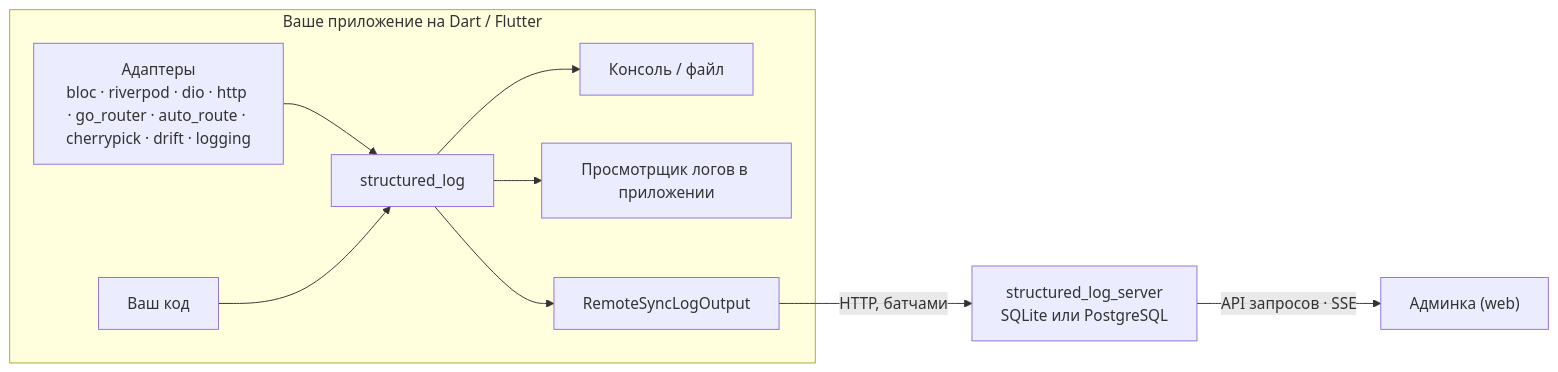
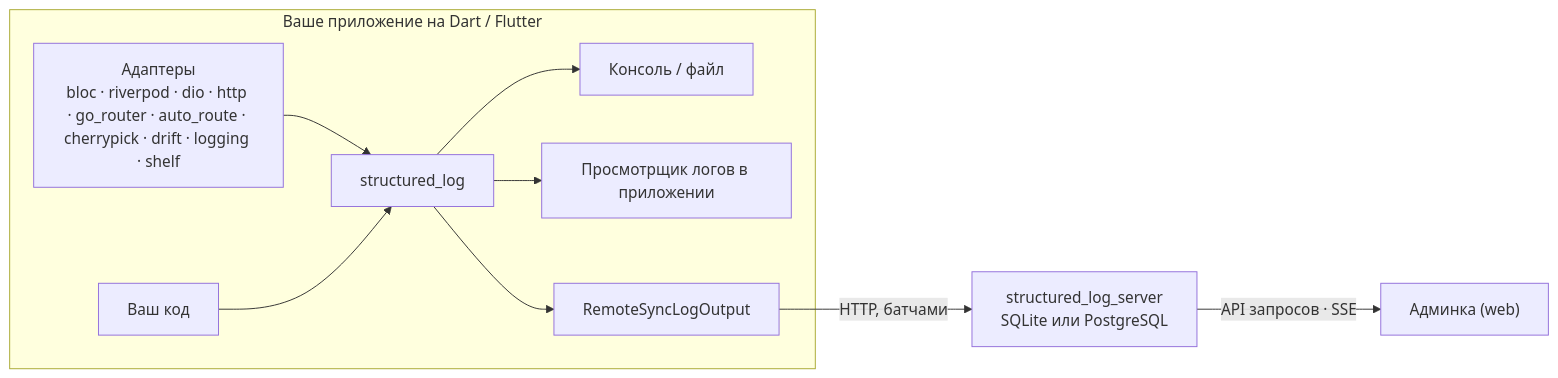
Before and after one commit to pese-git/structured_log: the diagram in README.ru.md, drawn with Mermaid. The commit also changed other lines of this file and 3 other files, not shown here.

Commit message:
docs: list structured_log_shelf in the root READMEs and AGENTS.md

````diff
--- a/README.ru.md
+++ b/README.ru.md
@@ -113,12 +116,12 @@
 ```mermaid
 flowchart LR
   subgraph app["Ваше приложение на Dart / Flutter"]
-    A["Адаптеры<br/>bloc · riverpod · dio · http · go_router · auto_route · cherrypick · drift · logging"] --> C["structured_log"]
+    A["Адаптеры<br/>bloc · riverpod · dio · http · go_router · auto_route · cherrypick · drift · logging · shelf"] --> C["structured_log"]
     Y["Ваш код"] --> C
     C --> O["Консоль / файл"]
     C --> V["Просмотрщик логов в приложении"]
     C --> R["RemoteSyncLogOutput"]
   end
   R -- "HTTP, батчами" --> S["structured_log_server<br/>SQLite или PostgreSQL"]
   S -- "API запросов · SSE" --> W["Админка (web)"]
 ```
````
